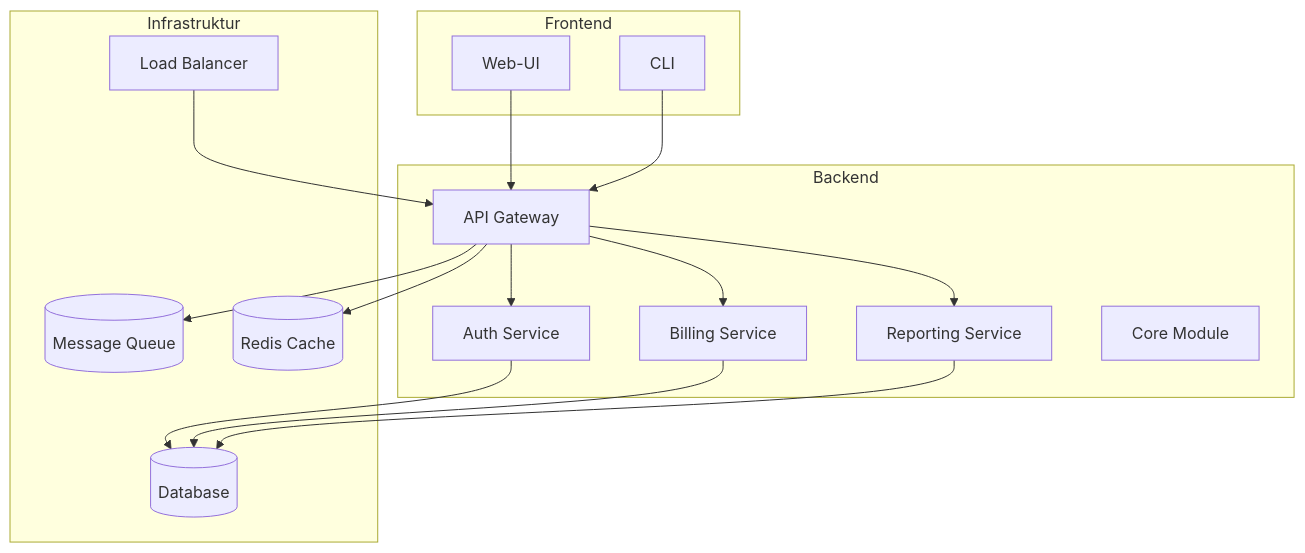
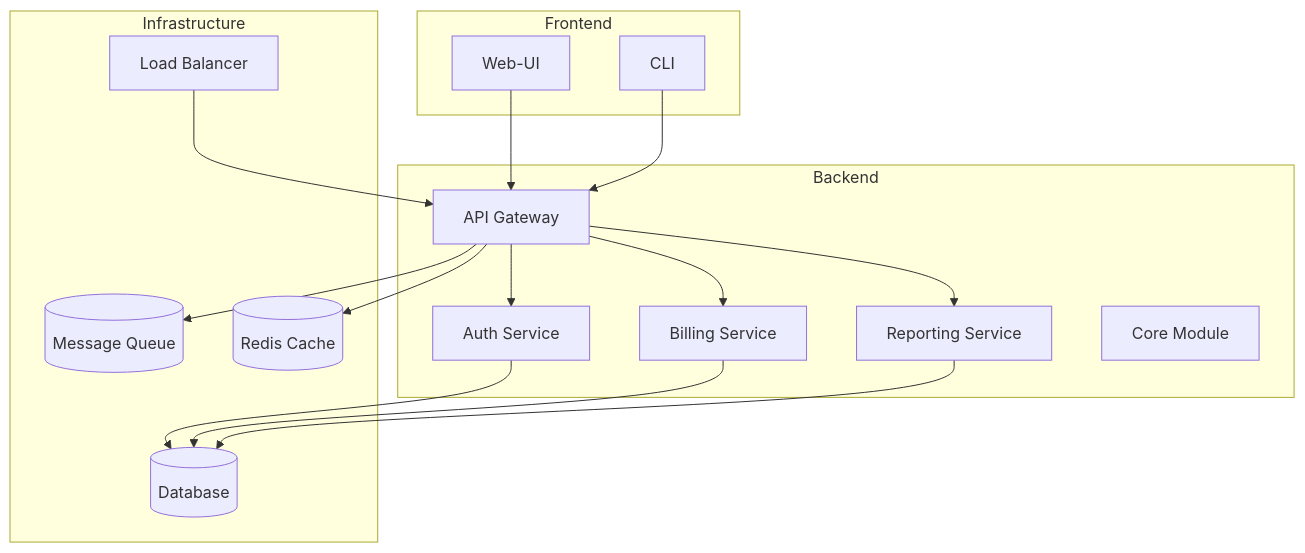
Before and after one commit to Kink-Development-Group/hyp-runtime: the fourth of 4 diagrams in hypnoscript-docs/docs/enterprise/architecture.md, drawn with Mermaid. The commit also changed other lines of this file and 108 other files, not shown here.

````diff
--- a/hypnoscript-docs/docs/enterprise/architecture.md
+++ b/hypnoscript-docs/docs/enterprise/architecture.md
@@ -135,31 +135,31 @@
 ```mermaid
 graph TD
   subgraph Frontend
     UI[Web-UI]
     CLI[CLI]
   end
   subgraph Backend
     API[API Gateway]
     Auth[Auth Service]
     Billing[Billing Service]
     Reporting[Reporting Service]
     Core[Core Module]
   end
-  subgraph Infrastruktur
+  subgraph Infrastructure
     DB[(Database)]
     MQ[(Message Queue)]
     Cache[(Redis Cache)]
     LB[Load Balancer]
   end
   UI --> API
   CLI --> API
   API --> Auth
   API --> Billing
   API --> Reporting
   Auth --> DB
   Billing --> DB
   Reporting --> DB
   API --> MQ
   API --> Cache
   LB --> API
 ```
````
